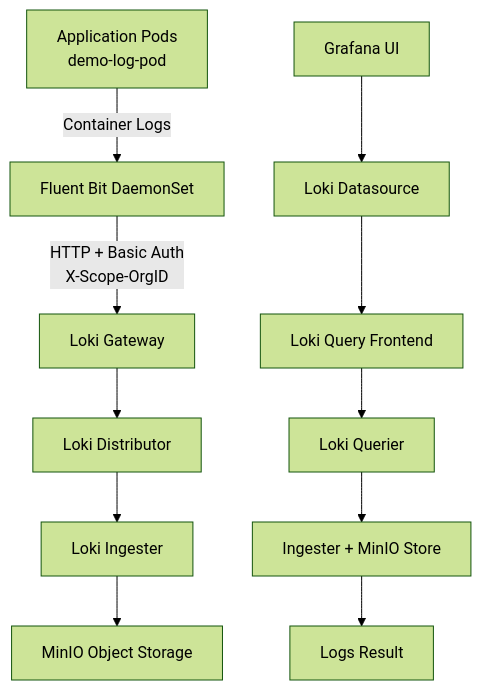
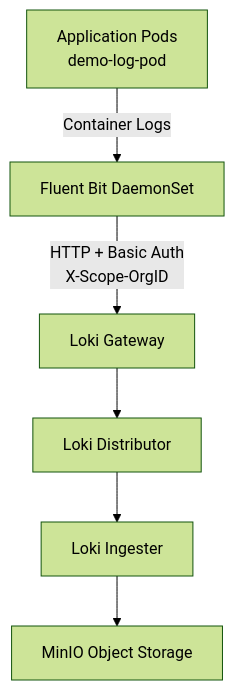
Before and after one commit to tinabhatnagar27/Hello: the first of 2 diagrams in daigram/README.md, drawn with Mermaid (forest theme).

````diff
--- a/daigram/README.md
+++ b/daigram/README.md
@@ -1,25 +1,14 @@
 ```mermaid
 flowchart TD
 
     A[Application Pods<br/>demo-log-pod] -->|Container Logs| B[Fluent Bit DaemonSet]
 
     B -->|HTTP + Basic Auth<br/>X-Scope-OrgID| C[Loki Gateway]
 
     C --> D[Loki Distributor]
 
     D --> E[Loki Ingester]
 
     E --> F[MinIO Object Storage]
 
-    %% Query Flow
-
-    G[Grafana UI] --> H[Loki Datasource]
-
-    H --> I[Loki Query Frontend]
-
-    I --> J[Loki Querier]
-
-    J --> K[Ingester + MinIO Store]
-
-    K --> L[Logs Result]
 ```
````
